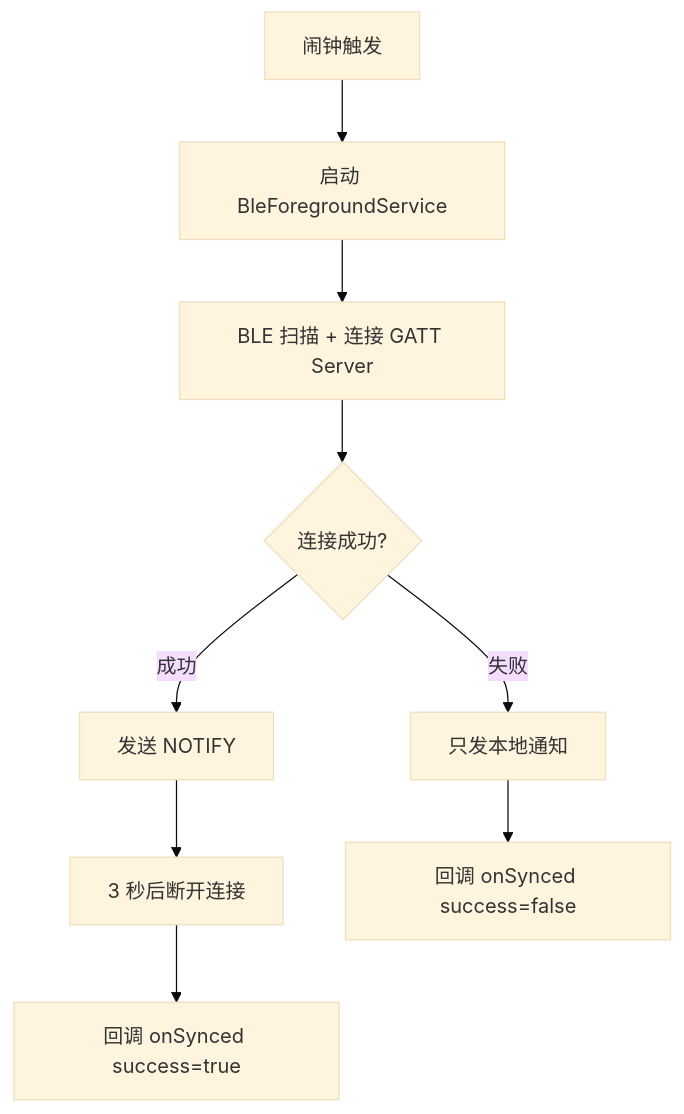
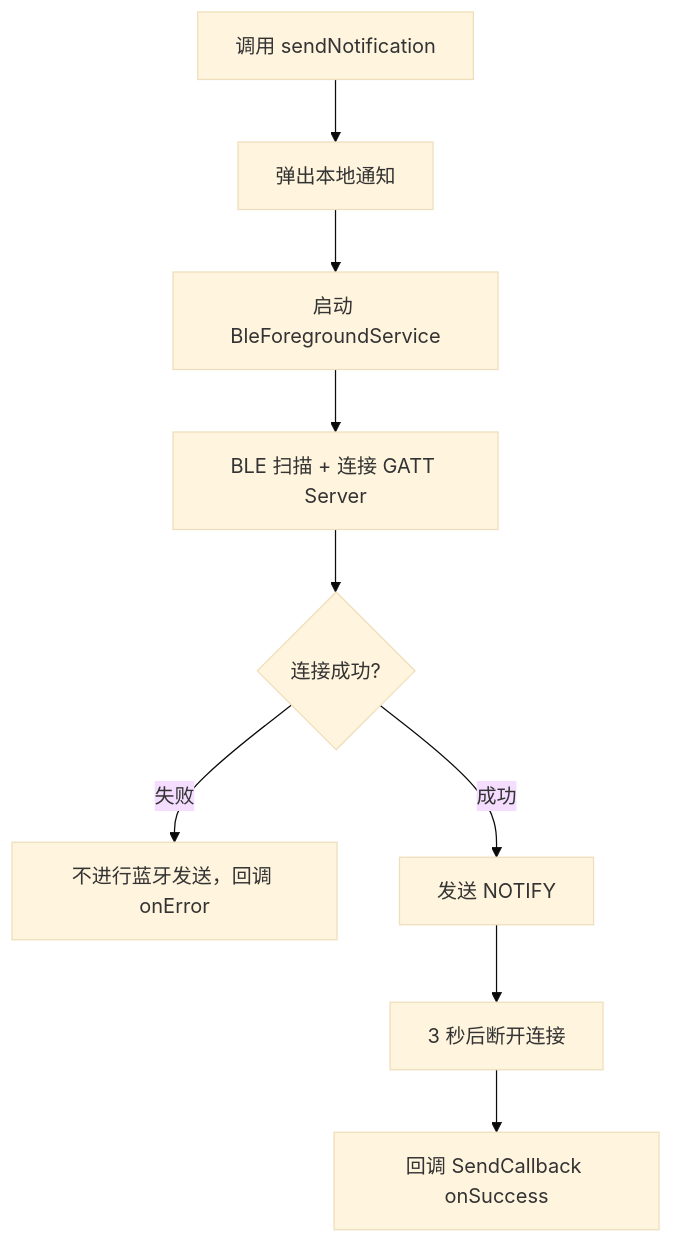
One commit to BladeFong/BleNotificationSync changed the fifth of 5 diagrams in docs/superpowers/specs/2026-07-10-ble-notification-sync-design.md. Above: the diagram before and after it, drawn with Mermaid (base theme). The commit also changed other lines of this file and 38 other files, not shown here.

````diff
--- a/docs/superpowers/specs/2026-07-10-ble-notification-sync-design.md
+++ b/docs/superpowers/specs/2026-07-10-ble-notification-sync-design.md
@@ -480,11 +462,11 @@
 ```mermaid
 flowchart TD
-    A[闹钟触发] --> B[启动 BleForegroundService]
-    B --> C[BLE 扫描 + 连接 GATT Server]
-    C --> D{连接成功?}
-    D -->|失败| E[只发本地通知]
-    D -->|成功| F[发送 NOTIFY]
-    F --> G[3 秒后断开连接]
-    G --> H[回调 onSynced success=true]
-    E --> I[回调 onSynced success=false]
+    A[调用 sendNotification] --> B[弹出本地通知]
+    B --> C[启动 BleForegroundService]
+    C --> D[BLE 扫描 + 连接 GATT Server]
+    D --> E{连接成功?}
+    E -->|失败| F[不进行蓝牙发送，回调 onError]
+    E -->|成功| G[发送 NOTIFY]
+    G --> H[3 秒后断开连接]
+    H --> I[回调 SendCallback onSuccess]
 ```
````
